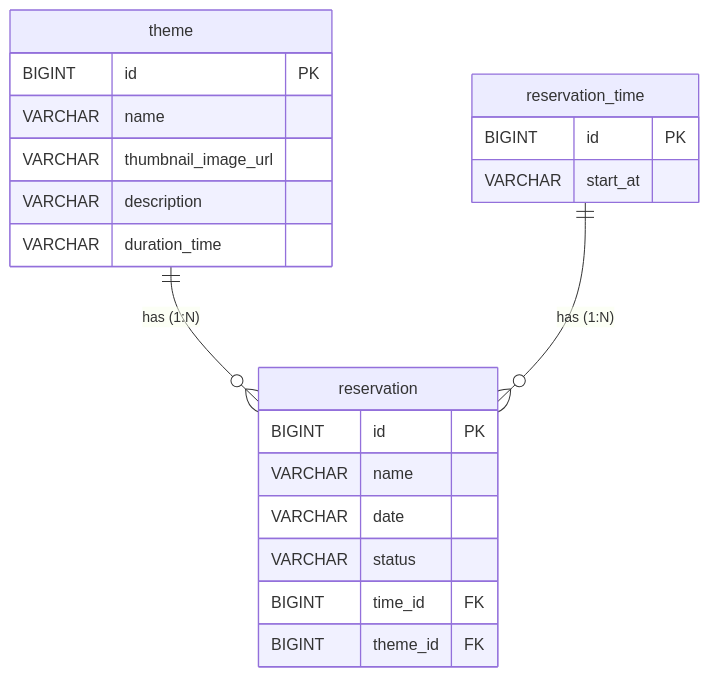
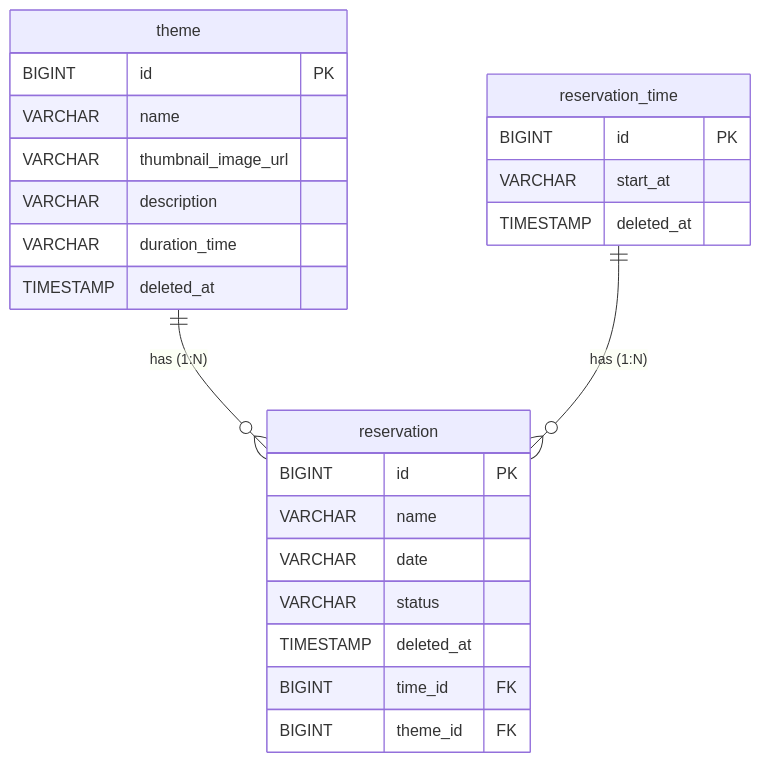
Before and after one commit to woowacourse/spring-roomescape-member: the diagram in README.md, drawn with Mermaid.

Commit message:
docs: ERD 수정

````diff
--- a/README.md
+++ b/README.md
@@ -26,29 +26,32 @@
 ```mermaid
 erDiagram
 %% Relationships
 theme ||--o{ reservation : "has (1:N)"
 reservation_time ||--o{ reservation : "has (1:N)"
 
     %% Tables
     theme {
         BIGINT id PK
         VARCHAR name
         VARCHAR thumbnail_image_url
         VARCHAR description
         VARCHAR duration_time
+        TIMESTAMP deleted_at
     }
 
     reservation_time {
         BIGINT id PK
         VARCHAR start_at
+        TIMESTAMP deleted_at
     }
 
     reservation {
         BIGINT id PK
         VARCHAR name
         VARCHAR date
         VARCHAR status
+        TIMESTAMP deleted_at
         BIGINT time_id FK
         BIGINT theme_id FK
     }
 ```
````
